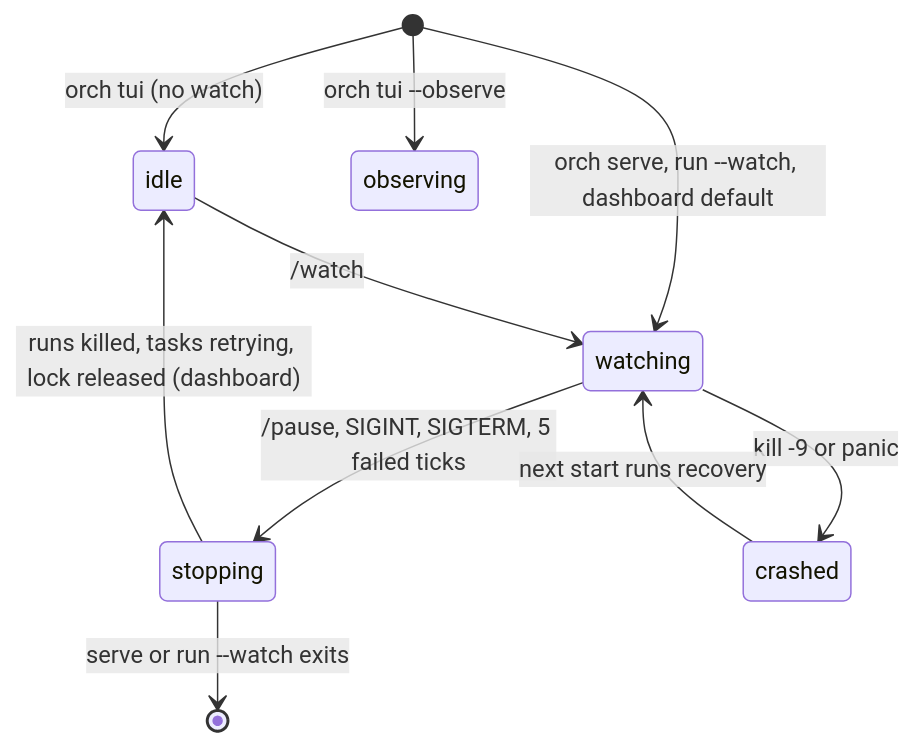
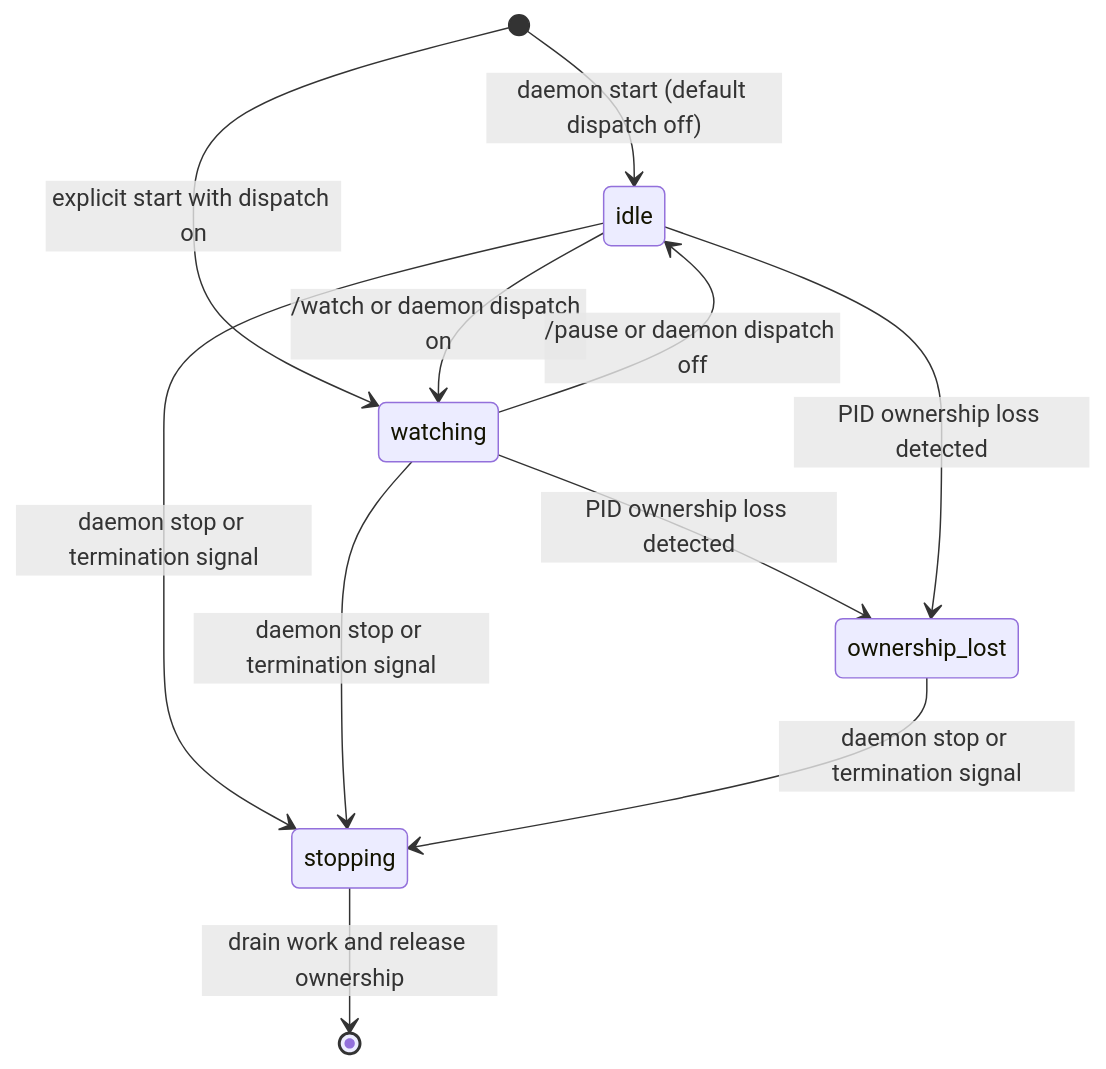
One commit to yuxhuang/r-orch changed the tenth of 11 diagrams in docs/internal/orchestration.md. Above: the diagram before and after it, drawn with Mermaid. The commit also changed other lines of this file and 3 other files, not shown here.

First line of the commit message:
docs(architecture): describe daemon ownership guarantees and limits

````diff
--- a/docs/internal/orchestration.md
+++ b/docs/internal/orchestration.md
@@ -943,12 +952,13 @@
 ```mermaid
 stateDiagram-v2
-    [*] --> idle : orch tui (no watch)
-    [*] --> watching : orch serve, run --watch, dashboard default
-    [*] --> observing : orch tui --observe
-    idle --> watching : /watch
-    watching --> stopping : /pause, SIGINT, SIGTERM, 5 failed ticks
-    stopping --> idle : runs killed, tasks retrying, lock released (dashboard)
-    stopping --> [*] : serve or run --watch exits
-    watching --> crashed : kill -9 or panic
-    crashed --> watching : next start runs recovery
+    [*] --> idle : daemon start (default dispatch off)
+    [*] --> watching : explicit start with dispatch on
+    idle --> watching : /watch or daemon dispatch on
+    watching --> idle : /pause or daemon dispatch off
+    watching --> ownership_lost : PID ownership loss detected
+    idle --> ownership_lost : PID ownership loss detected
+    idle --> stopping : daemon stop or termination signal
+    watching --> stopping : daemon stop or termination signal
+    ownership_lost --> stopping : daemon stop or termination signal
+    stopping --> [*] : drain work and release ownership
 ```
````
